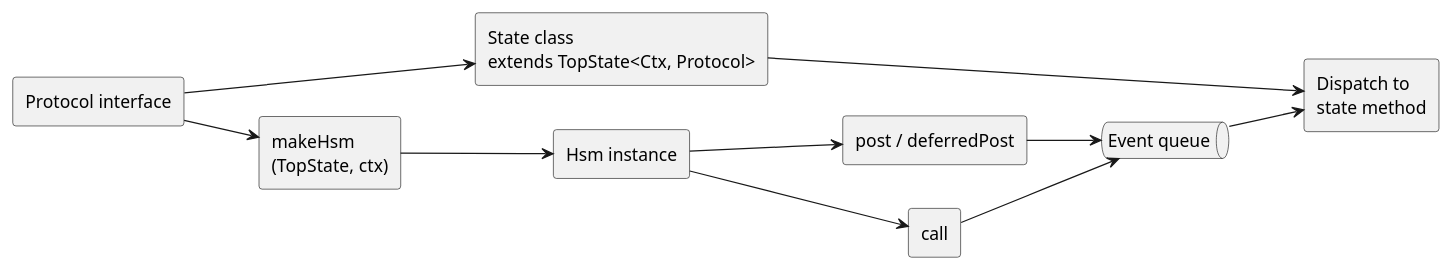
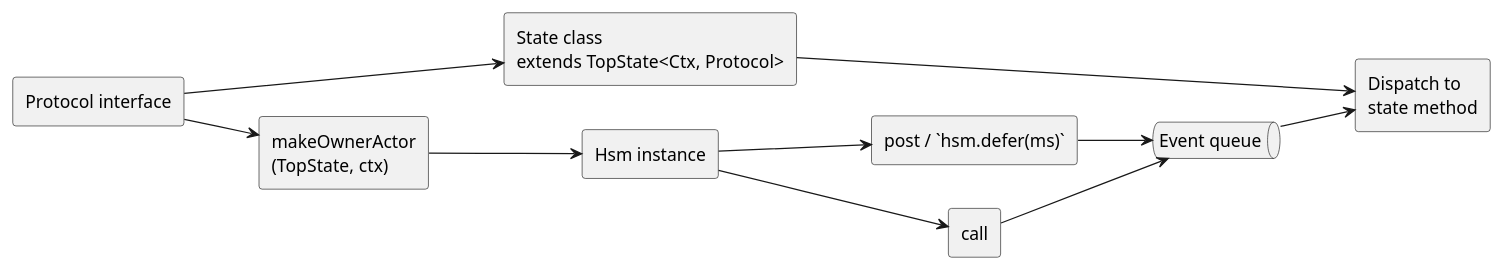
One commit to filasieno/ihsm changed the second of 2 diagrams in packages/ihsm/reference/REFERENCE.md. Above: the diagram before and after it, drawn with PlantUML. The commit also changed other lines of this file and 308 other files, not shown here.

````diff
--- a/packages/ihsm/reference/REFERENCE.md
+++ b/packages/ihsm/reference/REFERENCE.md
@@ -589,22 +587,22 @@
 ```plantuml
 @startuml
 left to right direction
 rectangle "Protocol interface" as P
 rectangle "State class\nextends TopState<Ctx, Protocol>" as S
-rectangle "makeHsm\n(TopState, ctx)" as F
+rectangle "makeOwnerActor\n(TopState, ctx)" as F
 rectangle "Hsm instance" as H
-rectangle "post / deferredPost" as post
+rectangle "post / `hsm.defer(ms)`" as post
 rectangle "call" as call
 queue "Event queue" as Q
 rectangle "Dispatch to\nstate method" as D
 P --> S
 P --> F
 F --> H
 H --> post
 H --> call
 post --> Q
 call --> Q
 Q --> D
 S --> D
 @enduml
 ```
````
